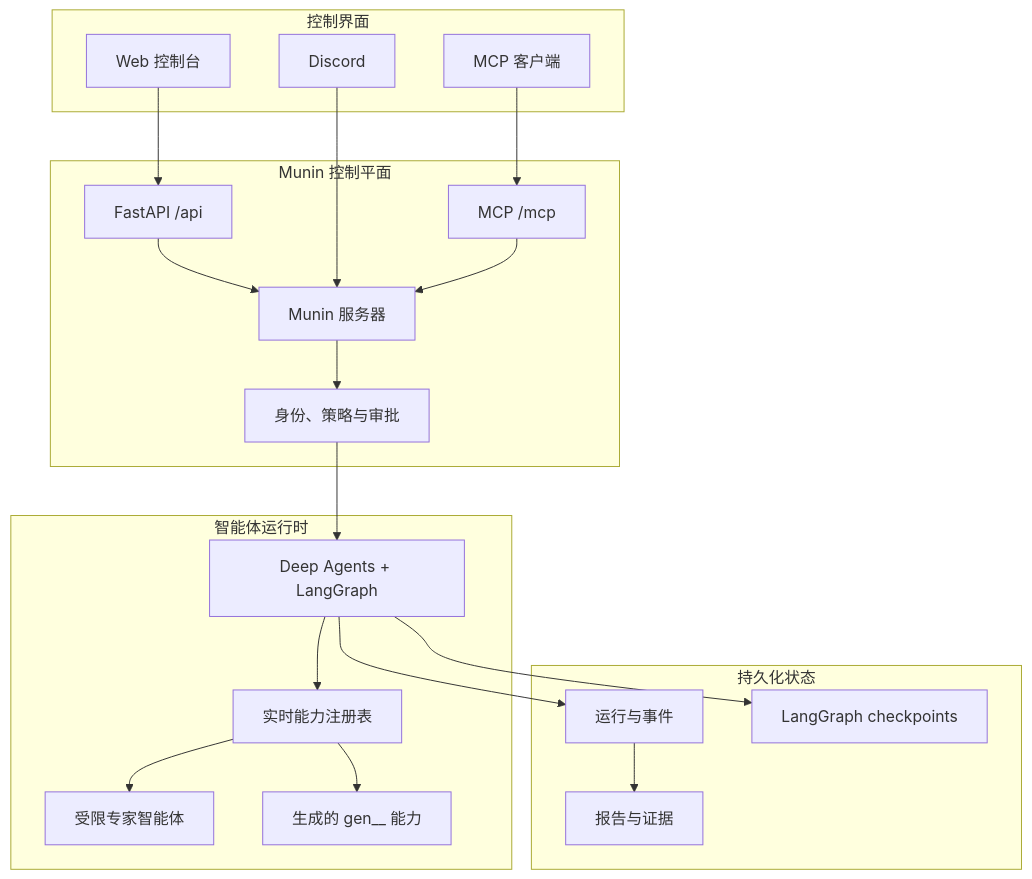
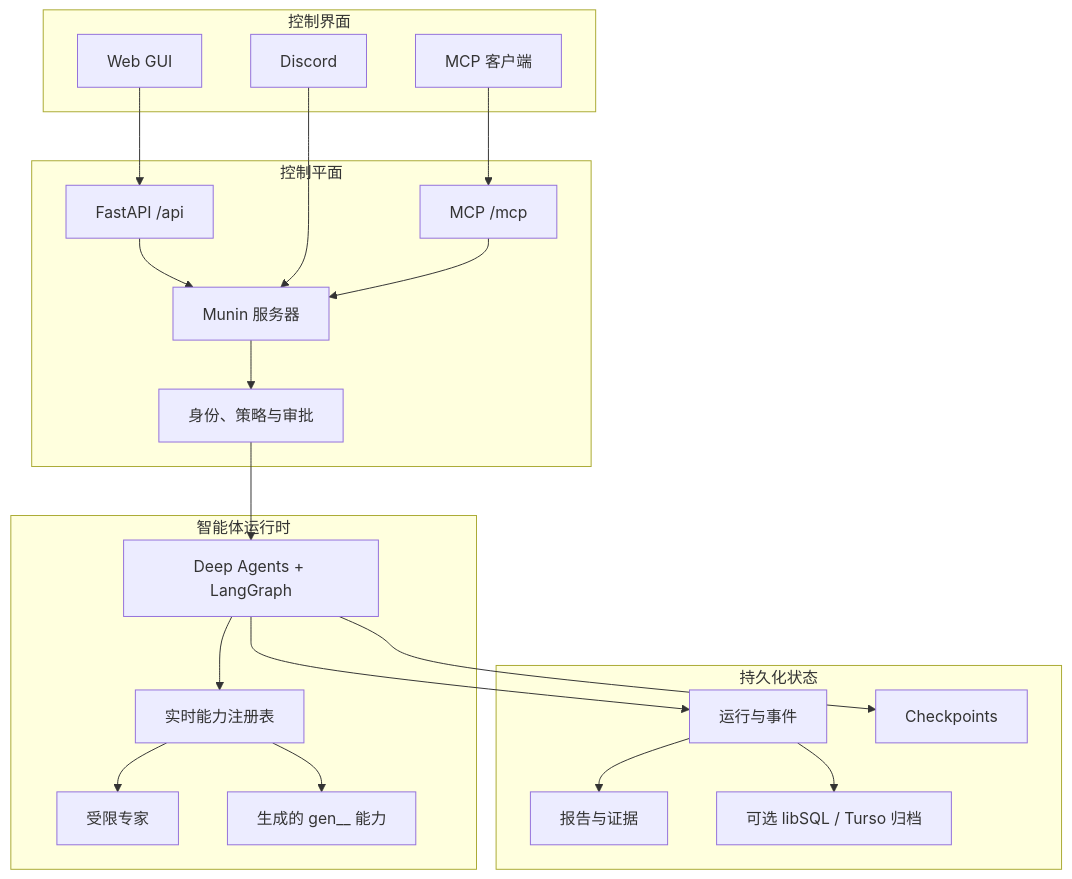
Before and after one commit to PrinceOfPwn/Munin: the third of 5 diagrams in README.zh-CN.md, drawn with Mermaid. The commit also changed other lines of this file, not shown here.

````diff
--- a/README.zh-CN.md
+++ b/README.zh-CN.md
@@ -55,39 +119,37 @@
 ```mermaid
 flowchart TB
     subgraph Interfaces[控制界面]
-        Web[Web 控制台]
+        Web[Web GUI]
         Discord[Discord]
         MCPClient[MCP 客户端]
     end
-
-    subgraph Control[Munin 控制平面]
+    subgraph Control[控制平面]
         API[FastAPI /api]
         MCP[MCP /mcp]
         Server[Munin 服务器]
         Policy[身份、策略与审批]
     end
-
     subgraph Runtime[智能体运行时]
         Graph[Deep Agents + LangGraph]
         Registry[实时能力注册表]
-        Specialists[受限专家智能体]
+        Specialists[受限专家]
         Generated[生成的 gen__ 能力]
     end
-
     subgraph State[持久化状态]
         Timeline[运行与事件]
-        Checkpoints[LangGraph checkpoints]
+        Checkpoints[Checkpoints]
         Artifacts[报告与证据]
+        Archive[可选 libSQL / Turso 归档]
     end
-
     Web --> API --> Server
     Discord --> Server
     MCPClient --> MCP --> Server
     Server --> Policy --> Graph
     Graph --> Registry
     Registry --> Specialists
     Registry --> Generated
     Graph --> Timeline
     Graph --> Checkpoints
     Timeline --> Artifacts
+    Timeline --> Archive
 ```
````
